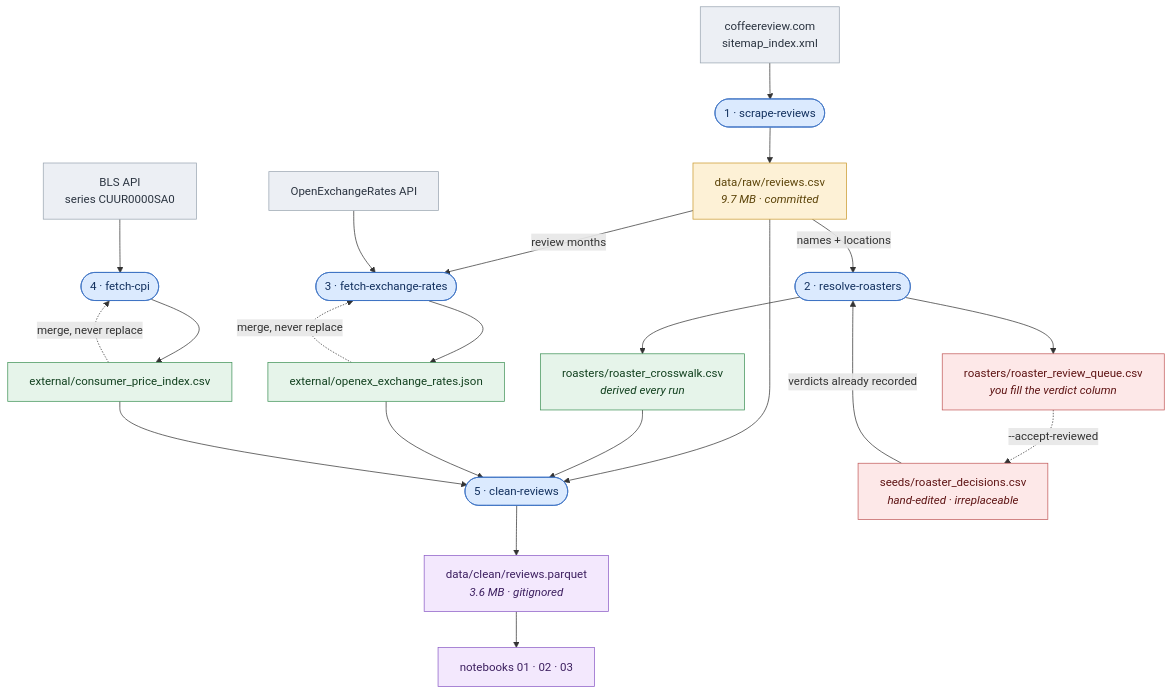
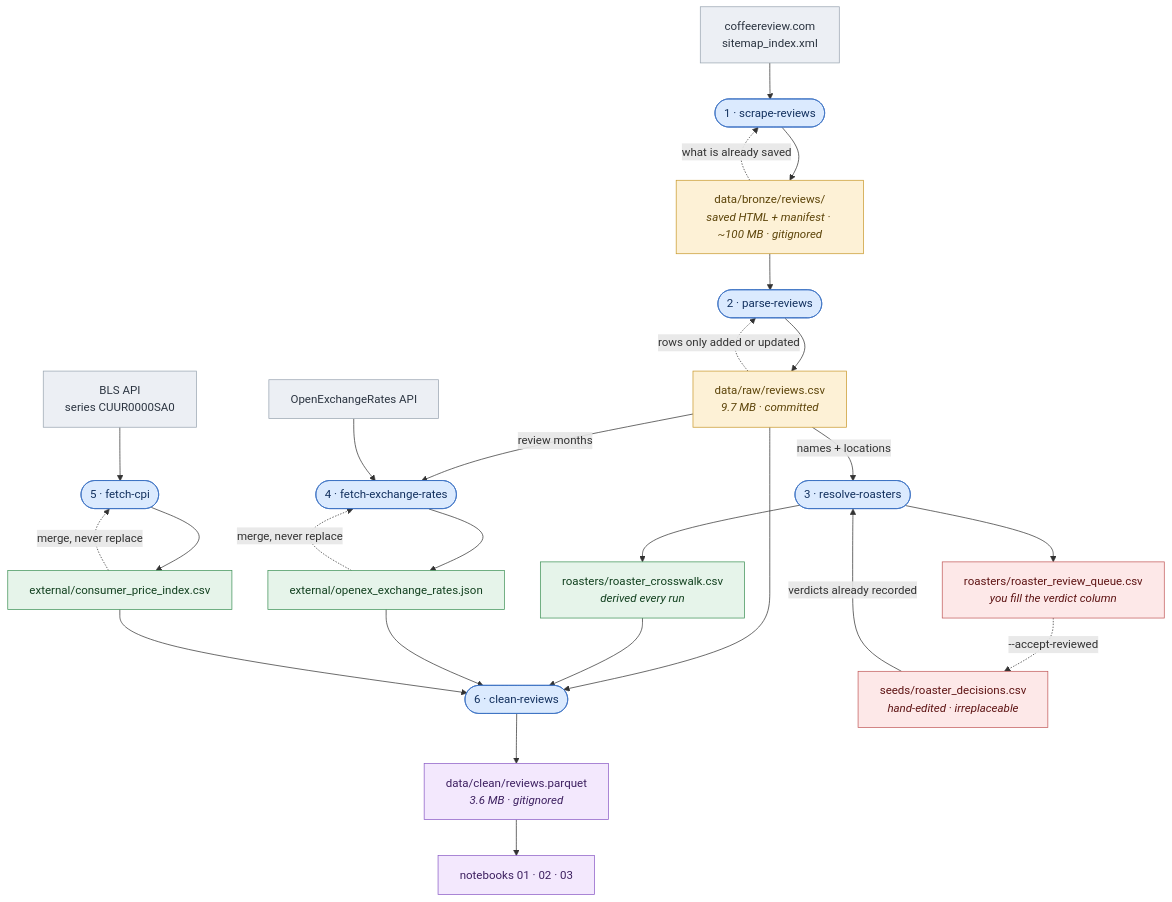
The diagram in docs/data-flow.md (tynardone/coffee-review-analysis), drawn with Mermaid before and after one commit. The commit also changed other lines of this file and 13 other files, not shown here.

First line of the commit message:
Separate scraping from parsing with a bronze layer of saved HTML

````diff
--- a/docs/data-flow.md
+++ b/docs/data-flow.md
@@ -6,51 +6,56 @@
 ```mermaid
 flowchart TD
     classDef ext fill:#eceff4,stroke:#9aa5b1,color:#2b3440
     classDef cmd fill:#dbeafe,stroke:#3b72c4,color:#12305e
     classDef raw fill:#fdf1d6,stroke:#c99a2e,color:#5c4409
     classDef ref fill:#e6f4ea,stroke:#3f9257,color:#12401f
     classDef out fill:#f3e8fd,stroke:#8b5cc7,color:#3d2060
     classDef human fill:#fde8e8,stroke:#c25a5a,color:#5e1414
 
     SITE["coffeereview.com<br/>sitemap_index.xml"]:::ext
     OXR["OpenExchangeRates API"]:::ext
     BLSAPI["BLS API<br/>series CUUR0000SA0"]:::ext
 
     SCRAPE(["1 · scrape-reviews"]):::cmd
-    RESOLVE(["2 · resolve-roasters"]):::cmd
-    FXCMD(["3 · fetch-exchange-rates"]):::cmd
-    CPICMD(["4 · fetch-cpi"]):::cmd
-    CLEAN(["5 · clean-reviews"]):::cmd
+    PARSE(["2 · parse-reviews"]):::cmd
+    RESOLVE(["3 · resolve-roasters"]):::cmd
+    FXCMD(["4 · fetch-exchange-rates"]):::cmd
+    CPICMD(["5 · fetch-cpi"]):::cmd
+    CLEAN(["6 · clean-reviews"]):::cmd
 
+    BRONZE["data/bronze/reviews/<br/><i>saved HTML + manifest · ~100 MB · gitignored</i>"]:::raw
     RAW["data/raw/reviews.csv<br/><i>9.7 MB · committed</i>"]:::raw
     DEC["seeds/roaster_decisions.csv<br/><i>hand-edited · irreplaceable</i>"]:::human
     QUEUE["roasters/roaster_review_queue.csv<br/><i>you fill the verdict column</i>"]:::human
     XWALK["roasters/roaster_crosswalk.csv<br/><i>derived every run</i>"]:::ref
     FX["external/openex_exchange_rates.json"]:::ref
     CPI["external/consumer_price_index.csv"]:::ref
     CLEANED["data/clean/reviews.parquet<br/><i>3.6 MB · gitignored</i>"]:::out
     NB["notebooks 01 · 02 · 03"]:::out
 
-    SITE --> SCRAPE --> RAW
+    SITE --> SCRAPE --> BRONZE
+    BRONZE -. "what is already saved" .-> SCRAPE
+    BRONZE --> PARSE --> RAW
+    RAW -. "rows only added or updated" .-> PARSE
 
     RAW -- "names + locations" --> RESOLVE
     DEC -- "verdicts already recorded" --> RESOLVE
     RESOLVE --> XWALK
     RESOLVE --> QUEUE
     QUEUE -. "--accept-reviewed" .-> DEC
 
     RAW -- "review months" --> FXCMD
     OXR --> FXCMD
     FX -. "merge, never replace" .-> FXCMD
     FXCMD --> FX
 
     BLSAPI --> CPICMD
     CPI -. "merge, never replace" .-> CPICMD
     CPICMD --> CPI
 
     RAW --> CLEAN
     XWALK --> CLEAN
     FX --> CLEAN
     CPI --> CLEAN
     CLEAN --> CLEANED --> NB
 ```
````
